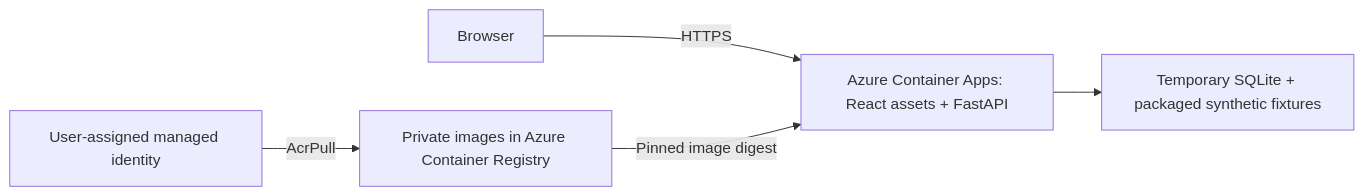
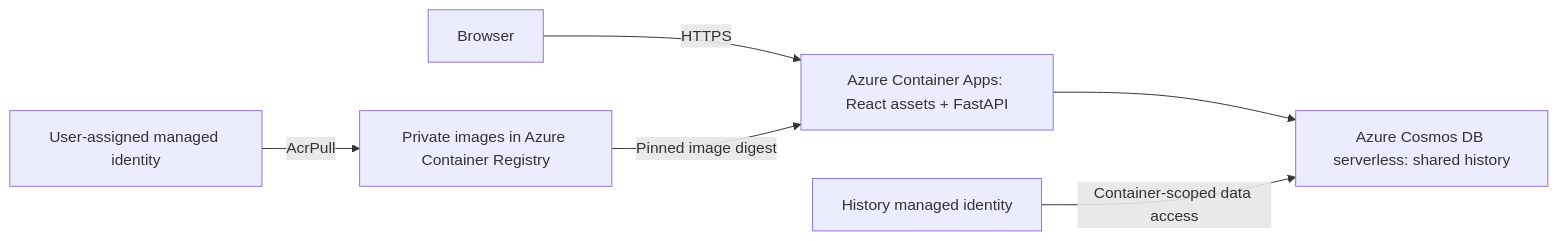
Before and after one commit to Haydnlee31/CounterPress: the diagram in docs/deployment.md, drawn with Mermaid. The commit also changed other lines of this file and 6 other files, not shown here.

Commit message:
fix: scope Cosmos access correctly and record live restart verification (#9)

````diff
--- a/docs/deployment.md
+++ b/docs/deployment.md
@@ -62,7 +63,8 @@
 ```mermaid
 flowchart LR
   Browser -->|HTTPS| App[Azure Container Apps: React assets + FastAPI]
-  App --> SQLite[Temporary SQLite + packaged synthetic fixtures]
+  App --> Cosmos[Azure Cosmos DB serverless: shared history]
+  HistoryIdentity[History managed identity] -->|Container-scoped data access| Cosmos
   Identity[User-assigned managed identity] -->|AcrPull| ACR[Private images in Azure Container Registry]
   ACR -->|Pinned image digest| App
 ```
````
